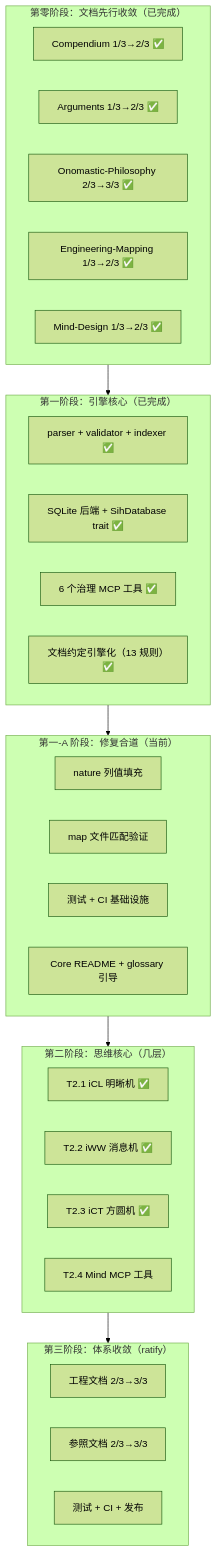
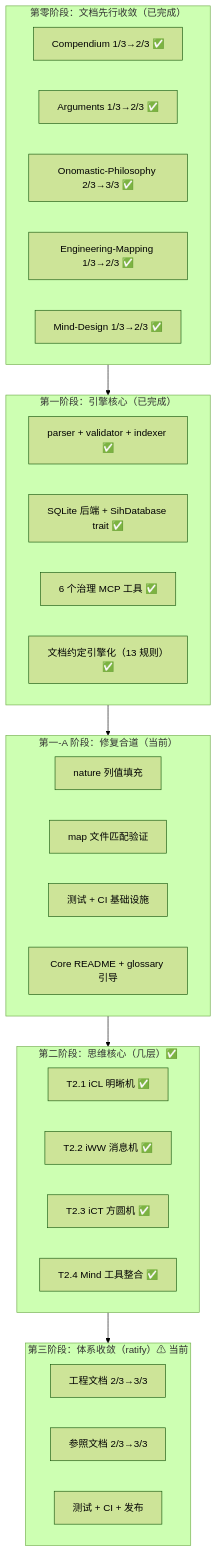
The second of 3 diagrams in docs/specs/engineering/SiHankor-Engine-Roadmap.sih.md (sgmov/sihankor), drawn with Mermaid (forest theme) before and after one commit. The commit also changed other lines of this file and 4 other files, not shown here.

First line of the commit message:
feat: T2.4 Mind MCP 工具整合 —— Phase 2 完工

````diff
--- a/docs/specs/engineering/SiHankor-Engine-Roadmap.sih.md
+++ b/docs/specs/engineering/SiHankor-Engine-Roadmap.sih.md
@@ -138,42 +139,42 @@
 ```mermaid
 flowchart TB
     subgraph Phase0["第零阶段：文档先行收敛（已完成）"]
         D0a["Compendium 1/3→2/3 ✅"]
         D0b["Arguments 1/3→2/3 ✅"]
         D0c["Onomastic-Philosophy 2/3→3/3 ✅"]
         D0d["Engineering-Mapping 1/3→2/3 ✅"]
         D0e["Mind-Design 1/3→2/3 ✅"]
     end
 
     subgraph Phase1["第一阶段：引擎核心（已完成）"]
         A1["parser + validator + indexer ✅"]
         A2["SQLite 后端 + SihDatabase trait ✅"]
         A3["6 个治理 MCP 工具 ✅"]
         A4["文档约定引擎化（13 规则）✅"]
     end
 
     subgraph Phase1a["第一-A 阶段：修复合道（当前）"]
         A5["nature 列值填充"]
         A6["map 文件匹配验证"]
         A7["测试 + CI 基础设施"]
         A8["Core README + glossary 引导"]
     end
 
-    subgraph Phase2["第二阶段：思维核心（几层）"]
+    subgraph Phase2["第二阶段：思维核心（几层）✅"]
         B1["T2.1 iCL 明晰机 ✅"]
         B2["T2.2 iWW 消息机 ✅"]
         B3["T2.3 iCT 方圆机 ✅"]
-        B4["T2.4 Mind MCP 工具"]
+        B4["T2.4 Mind 工具整合 ✅"]
     end
 
-    subgraph Phase3["第三阶段：体系收敛（ratify）"]
+    subgraph Phase3["第三阶段：体系收敛（ratify）⚠ 当前"]
         C1["工程文档 2/3→3/3"]
         C2["参照文档 2/3→3/3"]
         C3["测试 + CI + 发布"]
     end
 
     Phase0 --> Phase1
     Phase1 --> Phase1a
     Phase1a --> Phase2
     Phase2 --> Phase3
 ```
````
